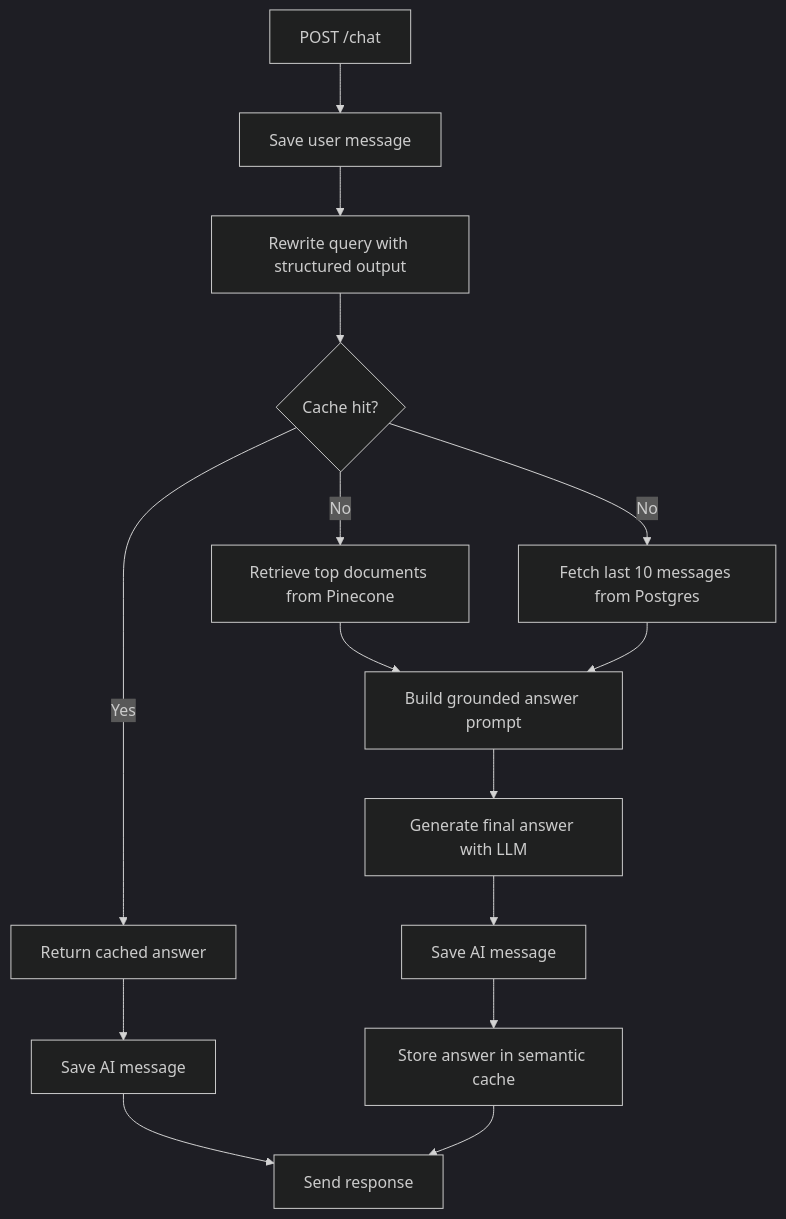
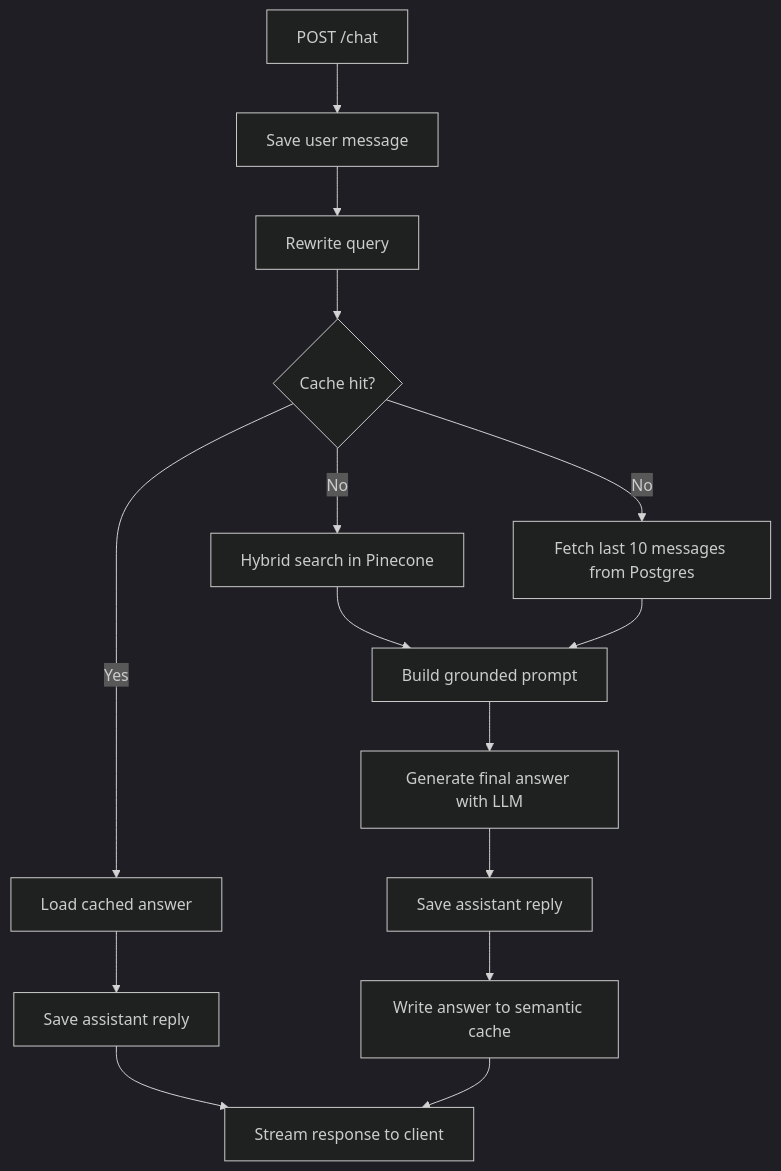
The second of 3 diagrams in README.md (midhunln9/RAG-with-Semantic-caching-Financial-Compliance), drawn with Mermaid (dark theme) before and after one commit. The commit also changed other lines of this file, not shown here.

````diff
--- a/README.md
+++ b/README.md
@@ -92,19 +28,19 @@
 ```mermaid
 flowchart TD
     A["POST /chat"] --> B["Save user message"]
-    B --> C["Rewrite query with structured output"]
+    B --> C["Rewrite query"]
     C --> D{"Cache hit?"}
 
-    D -- Yes --> E["Return cached answer"]
-    E --> F["Save AI message"]
-    F --> G["Send response"]
+    D -- Yes --> E["Load cached answer"]
+    E --> F["Save assistant reply"]
+    F --> G["Stream response to client"]
 
-    D -- No --> H["Retrieve top documents from Pinecone"]
+    D -- No --> H["Hybrid search in Pinecone"]
     D -- No --> I["Fetch last 10 messages from Postgres"]
-    H --> J["Build grounded answer prompt"]
+    H --> J["Build grounded prompt"]
     I --> J
     J --> K["Generate final answer with LLM"]
-    K --> L["Save AI message"]
-    L --> M["Store answer in semantic cache"]
-    M --> G["Send response"]
+    K --> L["Save assistant reply"]
+    L --> M["Write answer to semantic cache"]
+    M --> G
 ```
````
